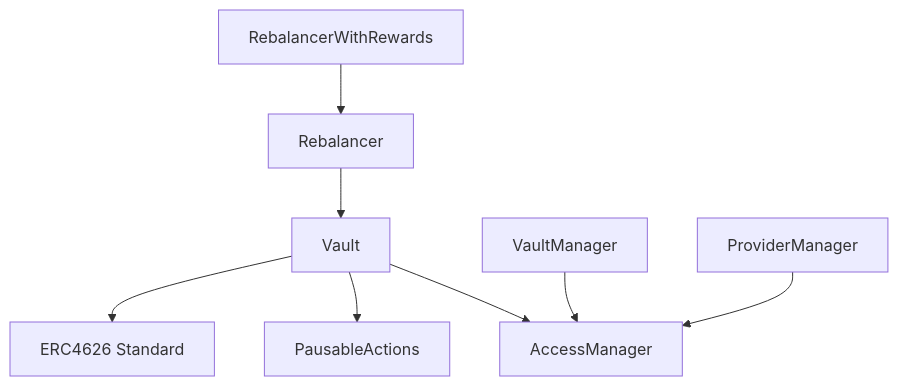
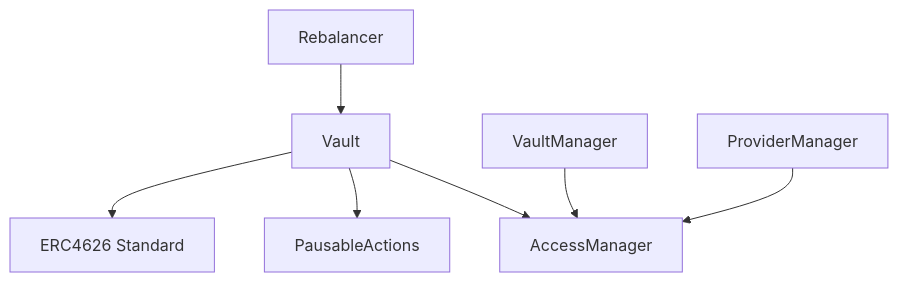
Before and after one commit to Thesauros/contracts: the fifth of 6 diagrams in docs/shemes/contract-interaction-diagram.md, drawn with Mermaid. The commit also changed other lines of this file and 5 other files, not shown here.

````diff
--- a/docs/shemes/contract-interaction-diagram.md
+++ b/docs/shemes/contract-interaction-diagram.md
@@ -170,17 +163,16 @@
 ```mermaid
 graph TD
     ERC4626[ERC4626 Standard]
     PausableActions[PausableActions]
     AccessManager[AccessManager]
     
     Vault --> ERC4626
     Vault --> PausableActions
     Vault --> AccessManager
     
     Rebalancer --> Vault
-    RebalancerWithRewards --> Rebalancer
     
     VaultManager --> AccessManager
     
     ProviderManager --> AccessManager
 ```
````
